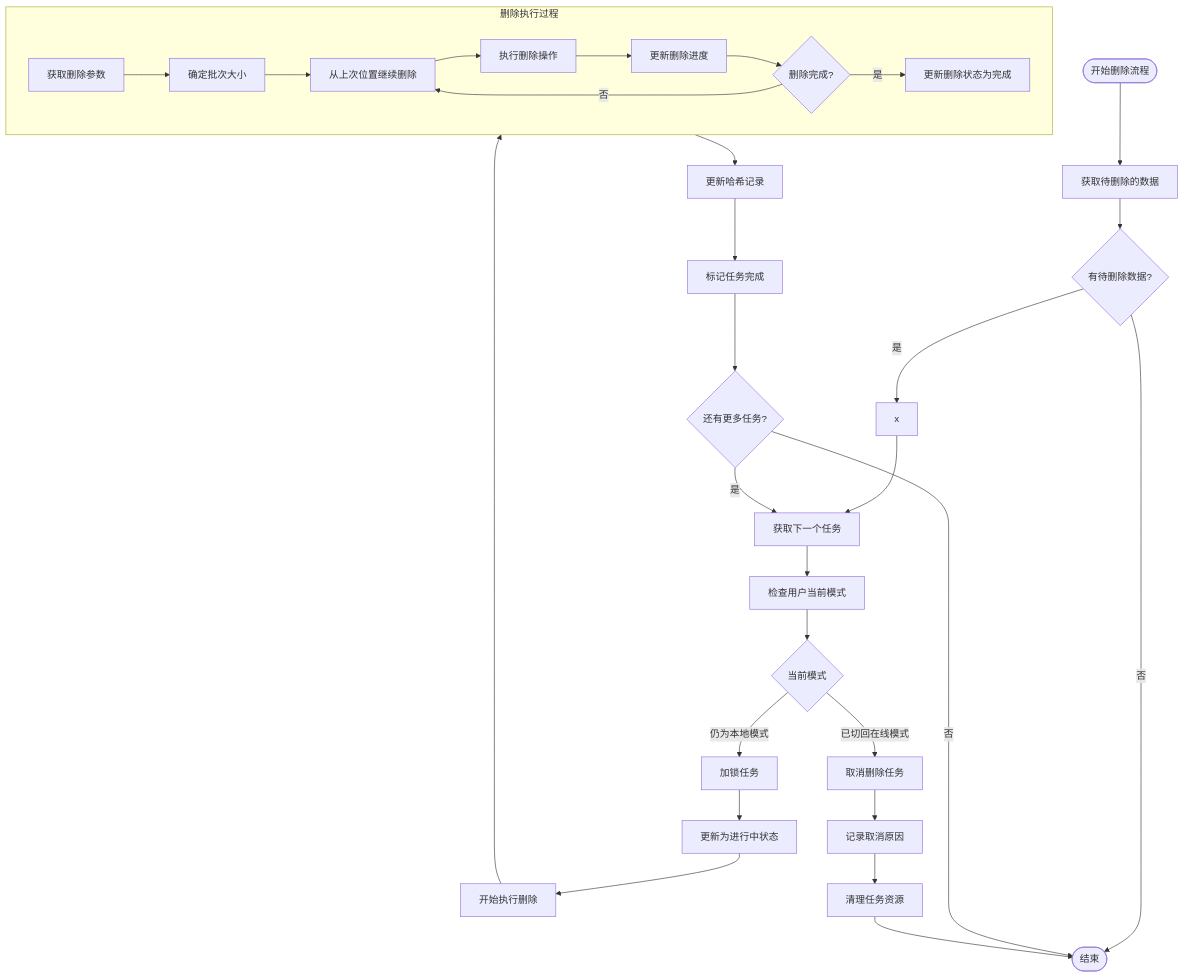
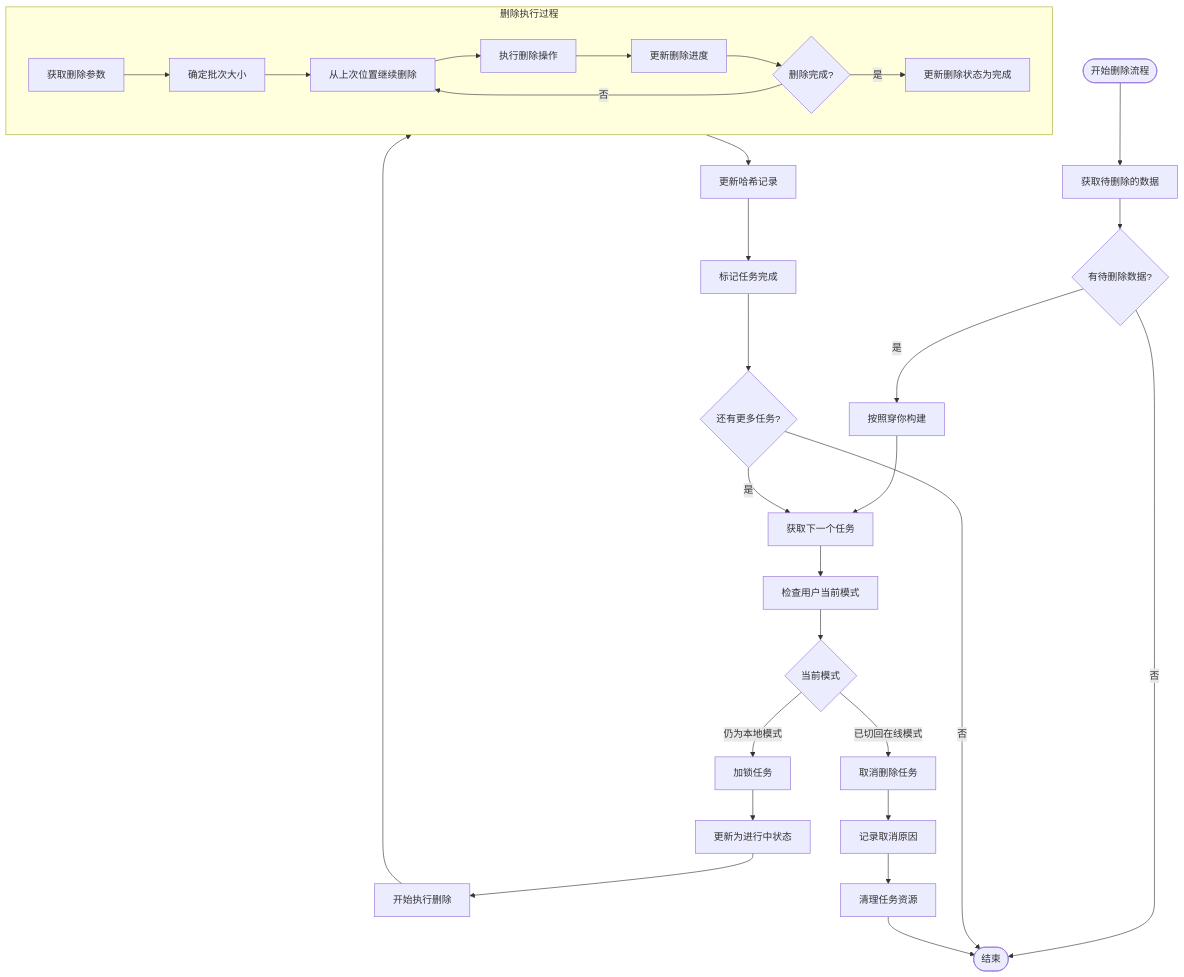
Before and after one commit to yingjianzh/iodraw-files: the diagram in all/未命名-51.md, drawn with Mermaid.

Commit message:
2025-05-08 15:18:26 update

````diff
--- a/all/未命名-51.md
+++ b/all/未命名-51.md
@@ -1,42 +1,42 @@
 ```mermaid
 flowchart TD
     Start([开始删除流程]) --> FetchTasks[获取待删除的数据]
     FetchTasks --> HasTasks{有待删除数据?}
     
     HasTasks -->|否| End([结束])
-    HasTasks -->|是| PrioritizeTasks[x]
+    HasTasks -->|是| PrioritizeTasks[按照穿你构建]
     
     PrioritizeTasks --> GetNextTask[获取下一个任务]
     GetNextTask --> CheckUserMode[检查用户当前模式]
     
     CheckUserMode --> CurrentMode{当前模式}
     CurrentMode -->|已切回在线模式| TaskCancel[取消删除任务]
     CurrentMode -->|仍为本地模式| LockTask[加锁任务]
     
     LockTask --> UpdateStatus[更新为进行中状态]
     UpdateStatus --> BeginDeletion[开始执行删除]
     
     subgraph DeletionProcess [删除执行过程]
         A[获取删除参数] --> B[确定批次大小]
         B --> C[从上次位置继续删除]
         C --> D[执行删除操作]
         D --> E[更新删除进度]
         E --> F{删除完成?}
         F -->|否| C
         F -->|是| G[更新删除状态为完成]
     end
     
     BeginDeletion --> DeletionProcess
     
     DeletionProcess --> UpdateHashRecord[更新哈希记录]
     UpdateHashRecord --> MarkCompleted[标记任务完成]
     
     TaskCancel --> LogCancellation[记录取消原因]
     LogCancellation --> CleanupTask[清理任务资源]
     
     MarkCompleted --> CheckMoreTasks{还有更多任务?}
     CheckMoreTasks -->|是| GetNextTask
     CheckMoreTasks -->|否| End
     
     CleanupTask --> End
 ```
````
